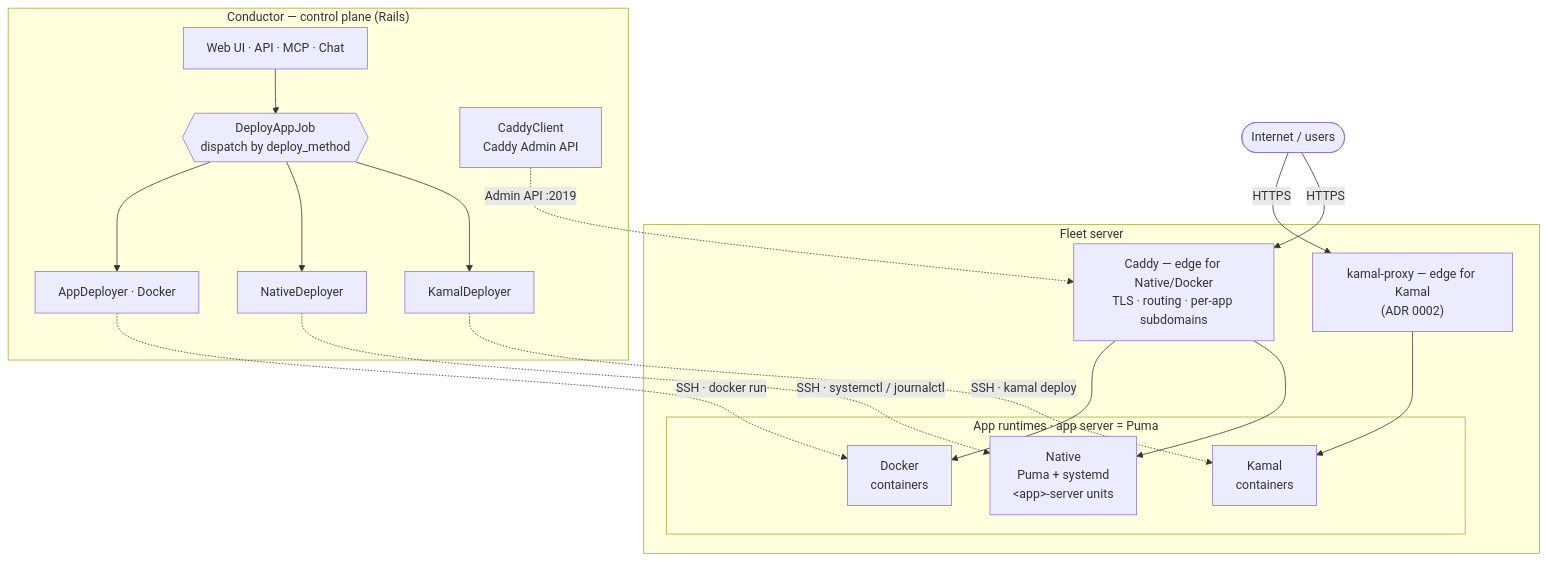
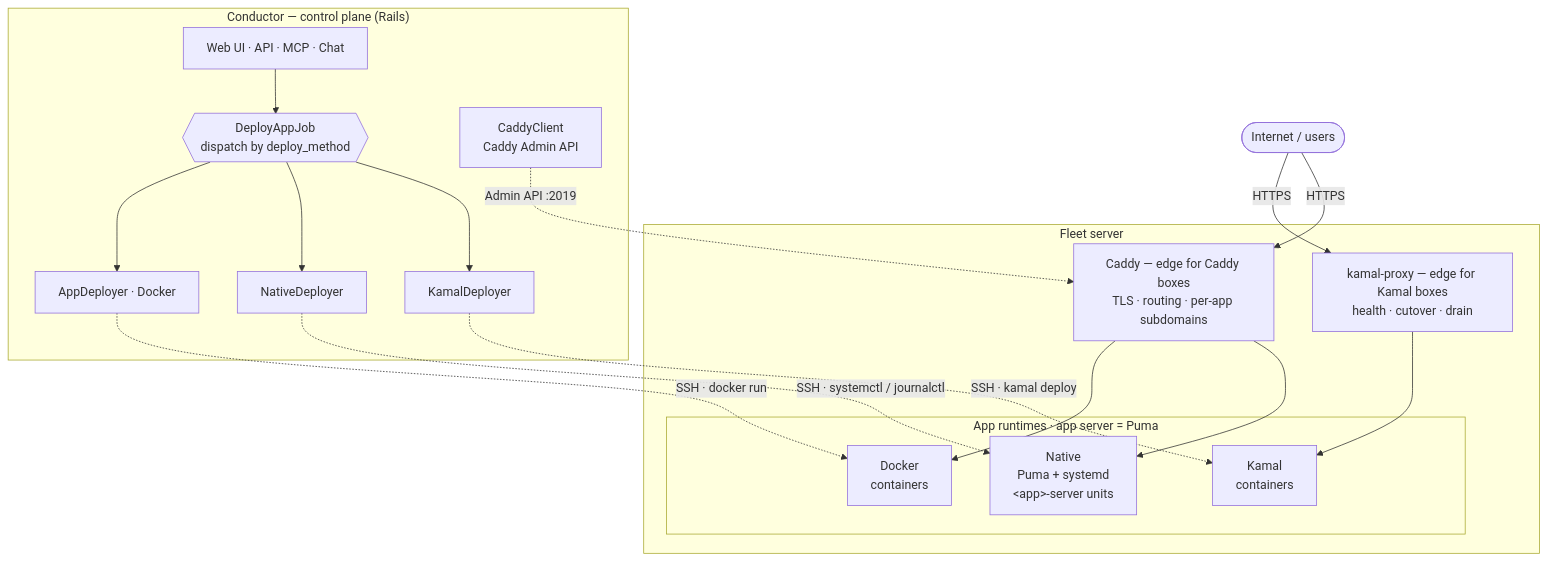
One commit to nauman/rails-conductor changed the first of 3 diagrams in docs/ARCHITECTURE.md. Above: the diagram before and after it, drawn with Mermaid. The commit also changed other lines of this file and 59 other files, not shown here.

First line of the commit message:
feat(deploy): Add edge-aware Kamal operations gateway

````diff
--- a/docs/ARCHITECTURE.md
+++ b/docs/ARCHITECTURE.md
@@ -21,34 +21,34 @@
 ```mermaid
 flowchart TB
     Internet(["Internet / users"])
 
     subgraph CP["Conductor — control plane (Rails)"]
         UI["Web UI · API · MCP · Chat"]
         JOB{{"DeployAppJob<br/>dispatch by deploy_method"}}
         KD["KamalDeployer"]
         ND["NativeDeployer"]
         AD["AppDeployer · Docker"]
         CADDYC["CaddyClient<br/>Caddy Admin API"]
         UI --> JOB
         JOB --> KD & ND & AD
     end
 
     subgraph SRV["Fleet server"]
-        CADDY["Caddy — edge for Native/Docker<br/>TLS · routing · per-app subdomains"]
-        KP["kamal-proxy — edge for Kamal<br/>(ADR 0002)"]
+        CADDY["Caddy — edge for Caddy boxes<br/>TLS · routing · per-app subdomains"]
+        KP["kamal-proxy — edge for Kamal boxes<br/>health · cutover · drain"]
         subgraph APPS["App runtimes · app server = Puma"]
             NAT["Native<br/>Puma + systemd<br/>&lt;app&gt;-server units"]
             KAM["Kamal<br/>containers"]
             DOC["Docker<br/>containers"]
         end
         CADDY --> NAT & DOC
         KP --> KAM
     end
 
     Internet -->|HTTPS| CADDY
     Internet -->|HTTPS| KP
     KD -. "SSH · kamal deploy" .-> KAM
     ND -. "SSH · systemctl / journalctl" .-> NAT
     AD -. "SSH · docker run" .-> DOC
     CADDYC -. "Admin API :2019" .-> CADDY
 ```
````
